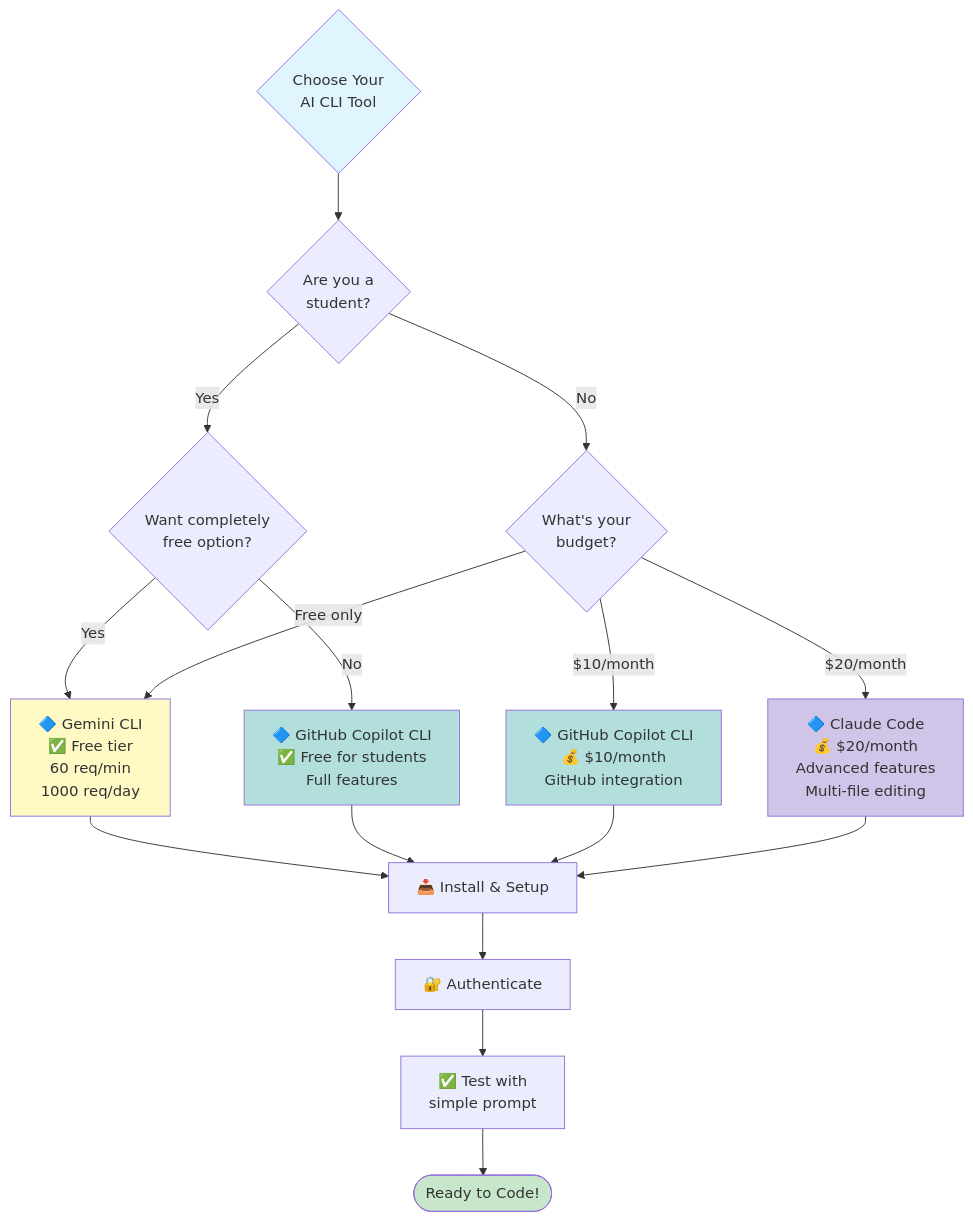
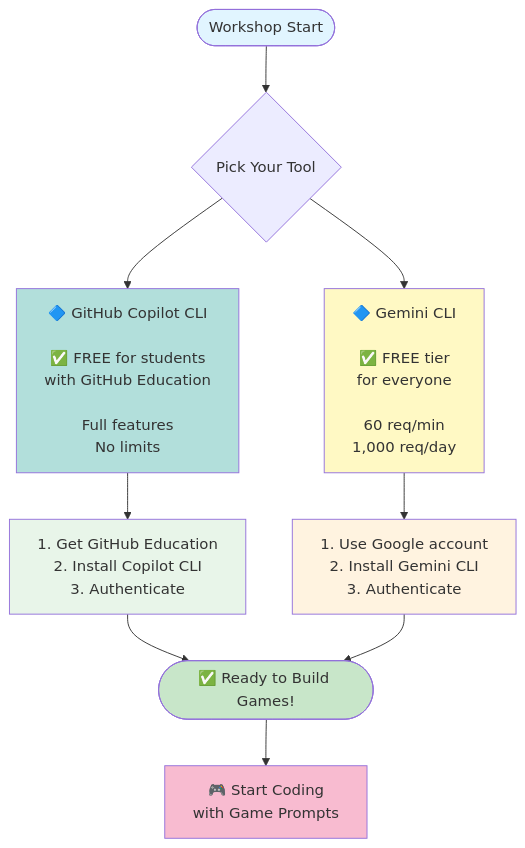
Before and after one commit to tisage/game-llm: the diagram in diagrams/ai-tool-selection.md, drawn with Mermaid. The commit also changed other lines of this file and 4 other files, not shown here.

````diff
--- a/diagrams/ai-tool-selection.md
+++ b/diagrams/ai-tool-selection.md
@@ -3,30 +3,23 @@
 ```mermaid
-flowchart TD
-    Start{Choose Your<br/>AI CLI Tool} --> Student{Are you a<br/>student?}
+flowchart TB
+    Start([Workshop Start]) --> Tools{Pick Your Tool}
 
-    Student -->|Yes| Free{Want completely<br/>free option?}
-    Student -->|No| Budget{What's your<br/>budget?}
+    Tools --> Copilot[🔷 GitHub Copilot CLI<br/><br/>✅ FREE for students<br/>with GitHub Education<br/><br/>Full features<br/>No limits]
+    Tools --> Gemini[🔷 Gemini CLI<br/><br/>✅ FREE tier<br/>for everyone<br/><br/>60 req/min<br/>1,000 req/day]
 
-    Free -->|Yes| Gemini[🔷 Gemini CLI<br/>✅ Free tier<br/>60 req/min<br/>1000 req/day]
-    Free -->|No| GHStudent[🔷 GitHub Copilot CLI<br/>✅ Free for students<br/>Full features]
+    Copilot --> CopilotSteps[1. Get GitHub Education<br/>2. Install Copilot CLI<br/>3. Authenticate]
+    Gemini --> GeminiSteps[1. Use Google account<br/>2. Install Gemini CLI<br/>3. Authenticate]
 
-    Budget -->|$10/month| GH[🔷 GitHub Copilot CLI<br/>💰 $10/month<br/>GitHub integration]
-    Budget -->|$20/month| Claude[🔷 Claude Code<br/>💰 $20/month<br/>Advanced features<br/>Multi-file editing]
-    Budget -->|Free only| Gemini
+    CopilotSteps --> Ready([✅ Ready to Build Games!])
+    GeminiSteps --> Ready
 
-    Gemini --> Setup[📥 Install & Setup]
-    GHStudent --> Setup
-    GH --> Setup
-    Claude --> Setup
-
-    Setup --> Auth[🔐 Authenticate]
-    Auth --> Test[✅ Test with<br/>simple prompt]
-    Test --> Ready([Ready to Code!])
+    Ready --> Code[🎮 Start Coding<br/>with Game Prompts]
 
     style Start fill:#e1f5ff
     style Ready fill:#c8e6c9
+    style Code fill:#f8bbd0
+    style Copilot fill:#b2dfdb
     style Gemini fill:#fff9c4
-    style GHStudent fill:#b2dfdb
-    style GH fill:#b2dfdb
-    style Claude fill:#d1c4e9
+    style CopilotSteps fill:#e8f5e9
+    style GeminiSteps fill:#fff3e0
 ```
````
